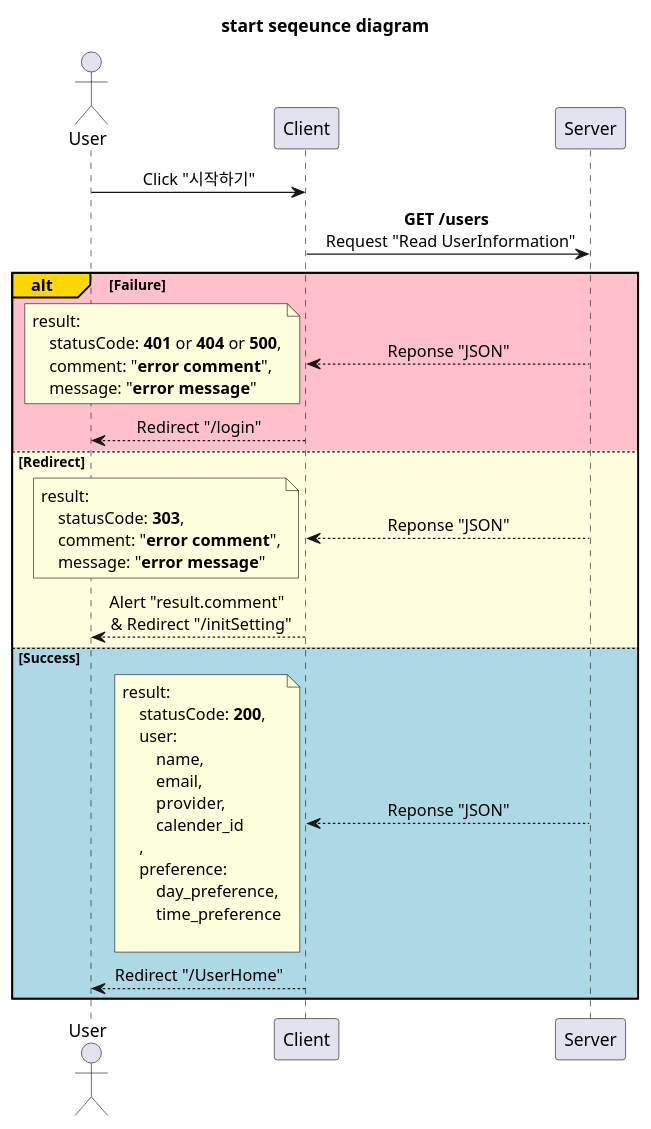
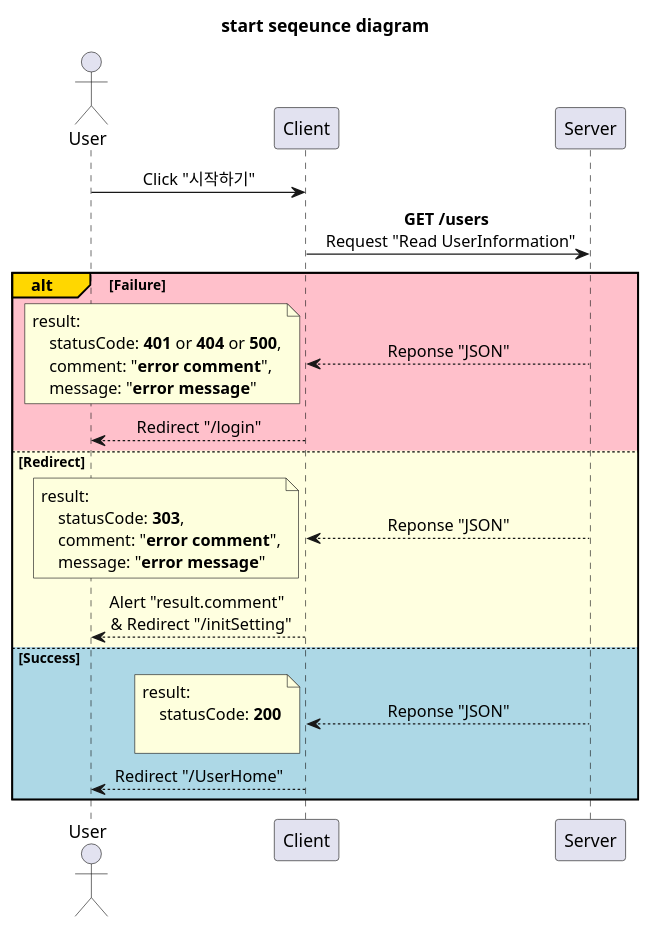
One commit to devSeungBin/SSCS changed the diagram in diagram/landing_page/start.puml. Above: the diagram before and after it, drawn with PlantUML. The commit also changed 22 other files, not shown here.

```diff
--- a/diagram/landing_page/start.puml
+++ b/diagram/landing_page/start.puml
@@ -1,56 +1,47 @@
 @startuml start
 'http://localhost:3000/
 
 title start seqeunce diagram
 
 skinparam SequenceMessageAlignment center
 
 participant Server order 30
 participant Client order 20
 actor User order 10
 
 User -> Client: Click "시작하기"
 
 Client -> Server: **GET /users** \n Request "Read UserInformation"
 
 alt#Gold #Pink Failure
     Client <-- Server: Reponse "JSON"
     note left
         result:
             statusCode: **401** or **404** or **500**,
             comment: "**error comment**",
             message: "**error message**"
     end note
     User <-- Client: Redirect "/login"
 
 else #LightYellow Redirect
     Client <-- Server: Reponse "JSON"
     note left
         result:
             statusCode: **303**,
             comment: "**error comment**",
             message: "**error message**"
     end note
     User <-- Client: Alert "result.comment" \n & Redirect "/initSetting"
 
 else #LightBlue Success
     Client <-- Server: Reponse "JSON"
     note left
         result:
-            statusCode: **200**,
-            user:
-                name,
-                email,
-                provider,
-                calender_id
-            ,
-            preference:
-                day_preference,
-                time_preference
+            statusCode: **200**
 
     end note
     User <-- Client: Redirect "/UserHome"
 
 end
 
 @enduml
```
